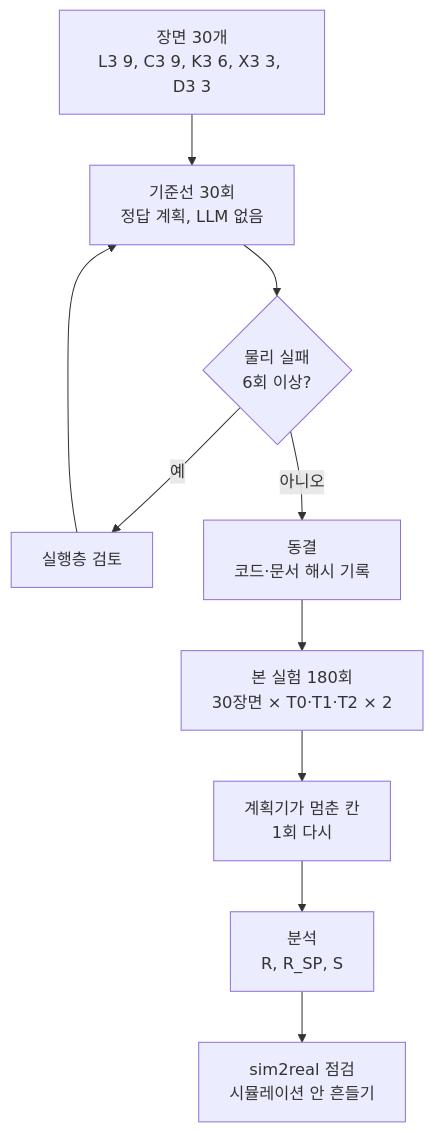
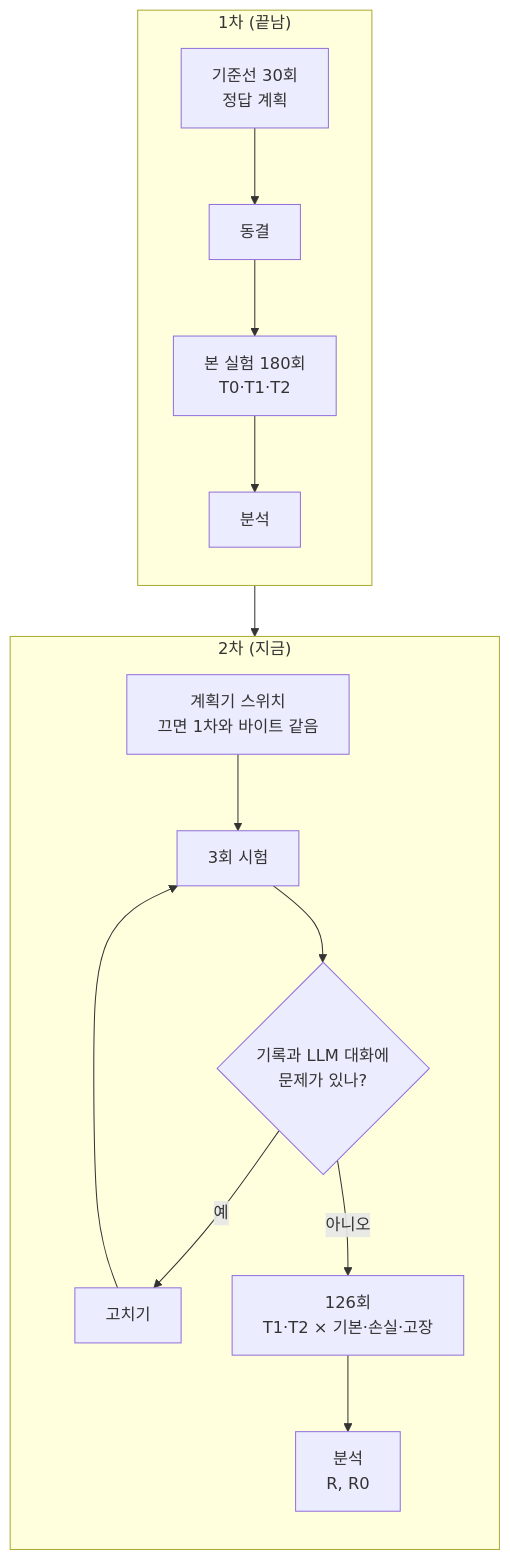
One commit to cmkang131/UGRP-Multi-Robot-Collaboration-Project changed the fifth of 5 diagrams in docs/architecture.md. Above: the diagram before and after it, drawn with Mermaid. The commit also changed other lines of this file and 4 other files, not shown here.

````diff
--- a/docs/architecture.md
+++ b/docs/architecture.md
@@ -171,15 +169,15 @@
 ```mermaid
 flowchart TB
-    S["장면 30개<br/>L3 9, C3 9, K3 6, X3 3, D3 3"]
-    G["기준선 30회<br/>정답 계획, LLM 없음"]
-    Q{"물리 실패<br/>6회 이상?"}
-    FIX["실행층 검토"]
-    F["동결<br/>코드·문서 해시 기록"]
-    MAIN["본 실험 180회<br/>30장면 × T0·T1·T2 × 2"]
-    RR["계획기가 멈춘 칸<br/>1회 다시"]
-    AN["분석<br/>R, R_SP, S"]
-    S2R["sim2real 점검<br/>시뮬레이션 안 흔들기"]
-    S --> G --> Q
-    Q -->|예| FIX --> G
-    Q -->|아니오| F --> MAIN --> RR --> AN --> S2R
+    subgraph S1["1차 (끝남)"]
+        direction TB
+        G["기준선 30회<br/>정답 계획"] --> F["동결"] --> MAIN["본 실험 180회<br/>T0·T1·T2"] --> AN["분석"]
+    end
+    subgraph S2["2차 (지금)"]
+        direction TB
+        SW["계획기 스위치<br/>끄면 1차와 바이트 같음"] --> T3["3회 시험"]
+        T3 --> CHK{"기록과 LLM 대화에<br/>문제가 있나?"}
+        CHK -->|예| FX["고치기"] --> T3
+        CHK -->|아니오| RUN["126회<br/>T1·T2 × 기본·손실·고장"] --> AN2["분석<br/>R, R0"]
+    end
+    S1 --> S2
 ```
````
